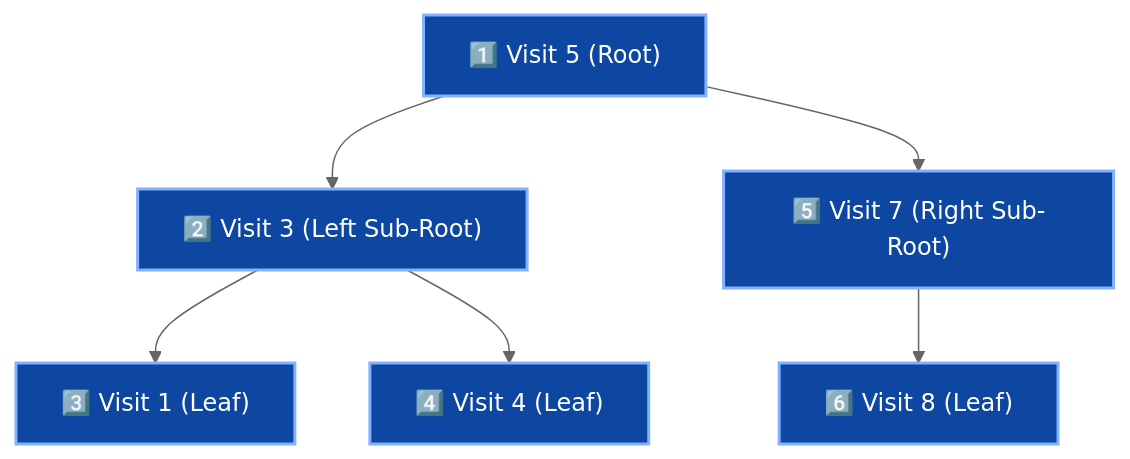
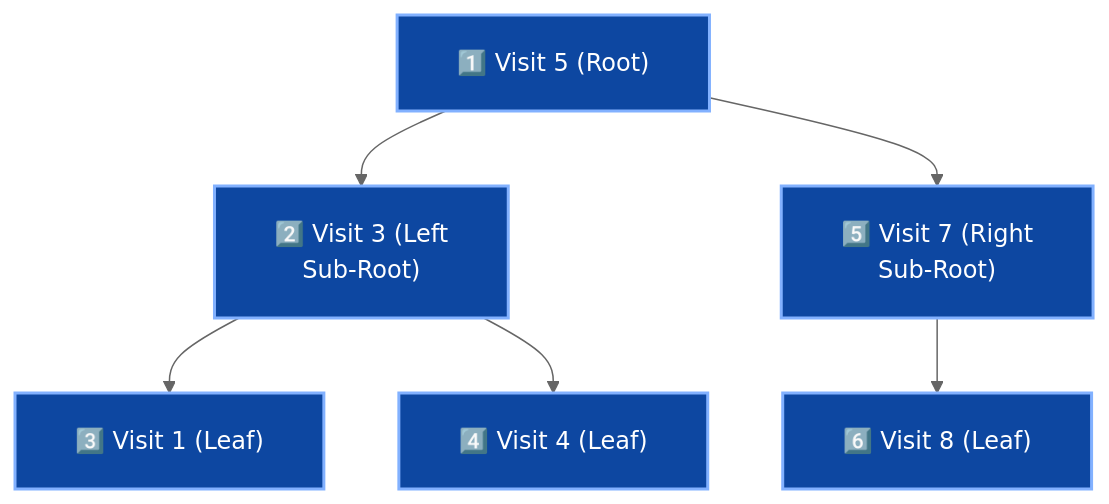
The third of 20 diagrams in week_07_trees_and_balanced_search_trees/WEEK_07_FULL_PLAYBOOK.md (dip4k/DSA_102), drawn with Mermaid (neutral theme) before and after one commit. The commit also changed other lines of this file and 108 other files, not shown here.

First line of the commit message:
fix(mermaid): resolve diagram clipping, padding, and syntax issues across repo

````diff
--- a/week_07_trees_and_balanced_search_trees/WEEK_07_FULL_PLAYBOOK.md
+++ b/week_07_trees_and_balanced_search_trees/WEEK_07_FULL_PLAYBOOK.md
@@ -181,17 +183,18 @@
 ```mermaid
+%%{init: {"flowchart": {"htmlLabels": true, "padding": 20}}}%%
 flowchart TD
     P5["1️⃣ Visit 5 (Root)"]:::stepNode
-    P3["2️⃣ Visit 3 (Left Sub-Root)"]:::stepNode
+    P3["2️⃣ Visit 3 (Left<br/>Sub-Root)"]:::stepNode
     P1["3️⃣ Visit 1 (Leaf)"]:::stepNode
     P4["4️⃣ Visit 4 (Leaf)"]:::stepNode
-    P7["5️⃣ Visit 7 (Right Sub-Root)"]:::stepNode
+    P7["5️⃣ Visit 7 (Right<br/>Sub-Root)"]:::stepNode
     P8["6️⃣ Visit 8 (Leaf)"]:::stepNode
 
     P5 --> P3
     P5 --> P7
     P3 --> P1
     P3 --> P4
     P7 --> P8
 
     classDef stepNode fill:#0d47a1,stroke:#82b1ff,stroke-width:2px,color:#ffffff
 ```
````
